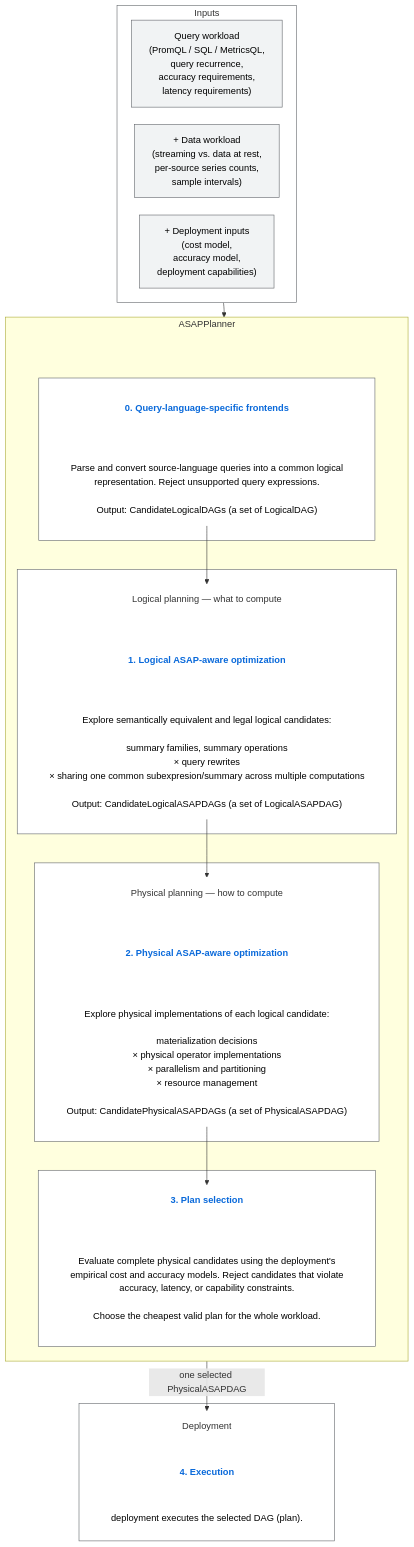
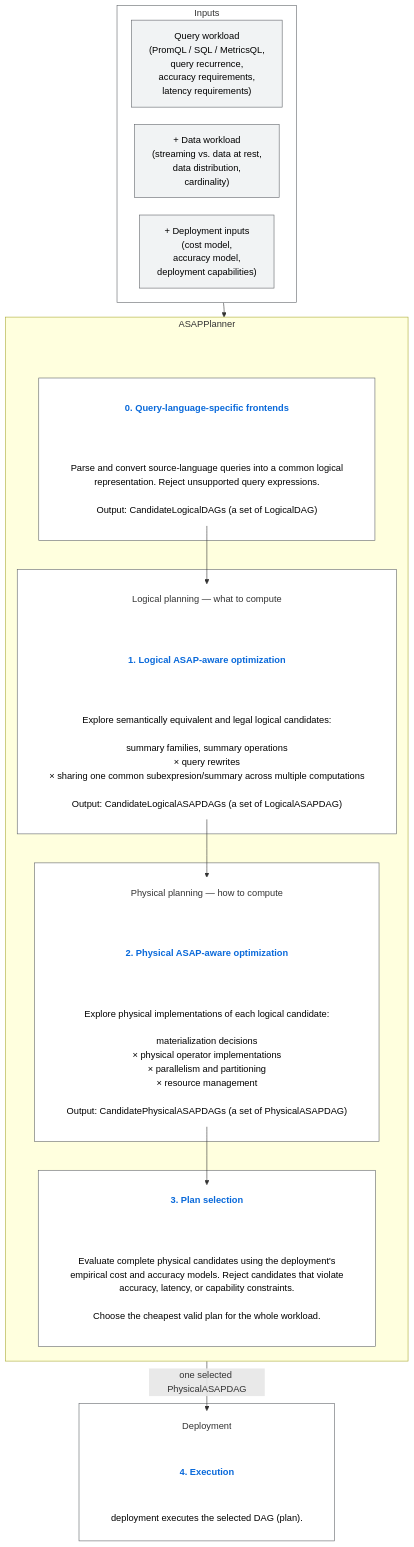
The first of 16 diagrams in docs/design_docs/proposals/planner-layering.md (ProjectASAP/ASAPPlanner), drawn with Mermaid before and after one commit. The commit also changed other lines of this file and 7 other files, not shown here.

````diff
--- a/docs/design_docs/proposals/planner-layering.md
+++ b/docs/design_docs/proposals/planner-layering.md
@@ -159,79 +159,79 @@
 ```mermaid
 %%{init: {"flowchart": {"wrappingWidth": 900, "nodeSpacing": 30, "rankSpacing": 25}}}%%
 flowchart TB
   subgraph INPUTS["Inputs"]
     direction LR
     QW["Query workload<br/>(PromQL / SQL / MetricsQL,<br/>query recurrence,<br/>accuracy requirements,<br/>latency requirements)"]:::input
-    DW["+ Data workload<br/>(streaming vs. data at rest,<br/>per-source series counts,<br/>sample intervals)"]:::input
+    DW["+ Data workload<br/>(streaming vs. data at rest,<br/>data distribution,<br/>cardinality)"]:::input
     DI["+ Deployment inputs<br/>(cost model,<br/>accuracy model,<br/>deployment capabilities)"]:::input
   end
 
   subgraph PLANNER["ASAPPlanner"]
     direction TB
     TOP[" "]:::anchor
     TOP ~~~ H0
     subgraph ST0[" "]
       H0["0. Query-language-specific frontends"]:::title
       B0["Parse and convert source-language queries into a common logical<br/>representation. Reject unsupported query expressions.<br/><br/>Output: CandidateLogicalDAGs (a set of LogicalDAG)"]:::body
       H0 ~~~ B0
     end
 
     subgraph LOGICAL[" "]
       LT["Logical planning — what to compute"]:::group
       LT ~~~ H1
       H1["1. Logical ASAP-aware optimization"]:::title
       B1["Explore semantically equivalent and legal logical candidates:<br/><br/>summary families, summary operations<br/>× query rewrites<br/>× sharing one common subexpresion/summary across multiple computations<br/><br/>Output: CandidateLogicalASAPDAGs (a set of LogicalASAPDAG)"]:::body
       H1 ~~~ B1
     end
 
     subgraph PHYSICAL[" "]
       PT["Physical planning — how to compute"]:::group
       PT ~~~ H2
       H2["2. Physical ASAP-aware optimization"]:::title
       B2["Explore physical implementations of each logical candidate:<br/><br/>materialization decisions<br/>× physical operator implementations<br/>× parallelism and partitioning<br/>× resource management<br/><br/>Output: CandidatePhysicalASAPDAGs (a set of PhysicalASAPDAG)"]:::body
       H2 ~~~ B2
     end
 
     subgraph ST3[" "]
       H3["3. Plan selection"]:::title
       B3["Evaluate complete physical candidates using the deployment's<br/>empirical cost and accuracy models. Reject candidates that violate<br/>accuracy, latency, or capability constraints.<br/><br/>Choose the cheapest valid plan for the whole workload."]:::body
       H3 ~~~ B3
     end
 
     B0 --> LT
     B1 --> PT
     B2 --> H3
   end
 
   subgraph DEPLOY[" "]
     DT["Deployment"]:::group
     DT ~~~ H4
     H4["4. Execution"]:::title
     B4["deployment executes the selected DAG (plan)."]:::body
     H4 ~~~ B4
   end
 
   QW ~~~ TOP
   DW ~~~ TOP
   DI ~~~ TOP
   INPUTS --> TOP
   B3 -- "one selected PhysicalASAPDAG" --> DT
 
   click H0 href "#0-language-specific-frontends"
   click H1 href "#1-logical-asap-aware-optimization"
   click H2 href "#2-physical-asap-aware-optimization"
   click H3 href "#3-plan-selection"
   click H4 href "#4-execution"
 
   classDef input fill:#f1f3f4,stroke:#5f6368,color:#000;
   classDef title fill:none,stroke:none,color:#0969da,font-weight:bold;
   classDef anchor fill:none,stroke:none,font-size:1px;
   classDef group fill:none,stroke:none,color:#333;
   classDef body fill:none,stroke:none,color:#000;
   style INPUTS fill:#fff,stroke:#5f6368;
   style ST0 fill:#fff,stroke:#5f6368;
   style LOGICAL fill:#fff,stroke:#5f6368;
   style PHYSICAL fill:#fff,stroke:#5f6368;
   style ST3 fill:#fff,stroke:#5f6368;
   style DEPLOY fill:#fff,stroke:#5f6368;
 ```
````
